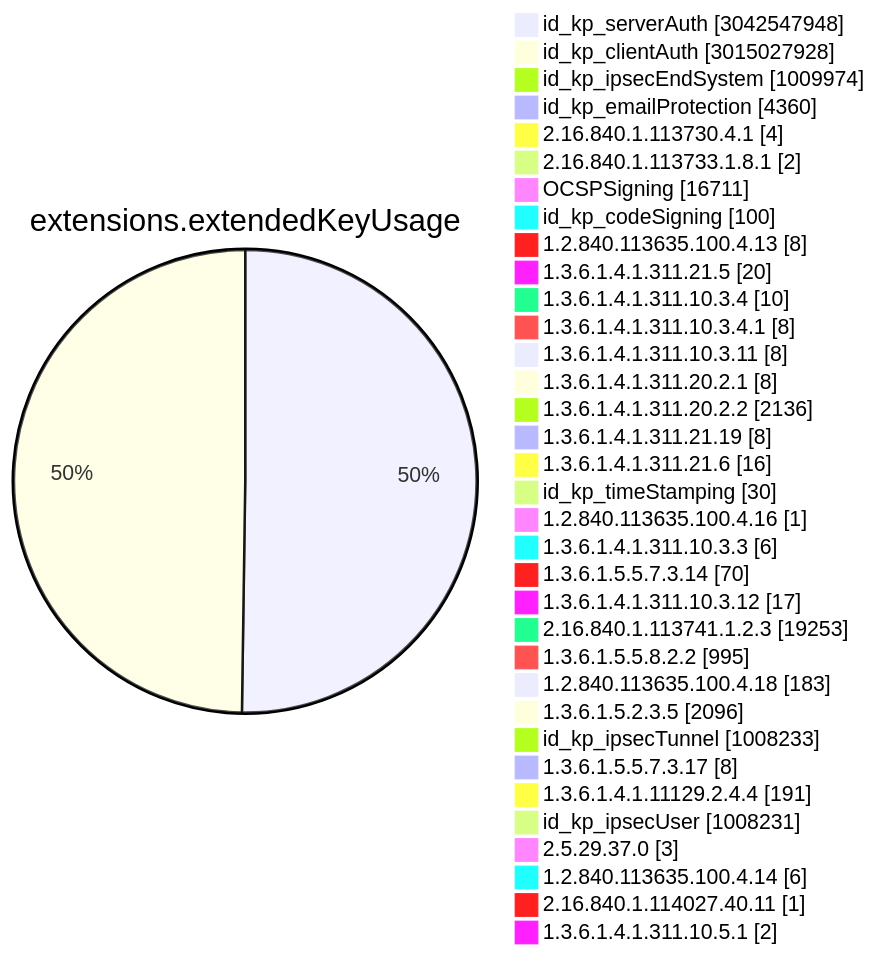
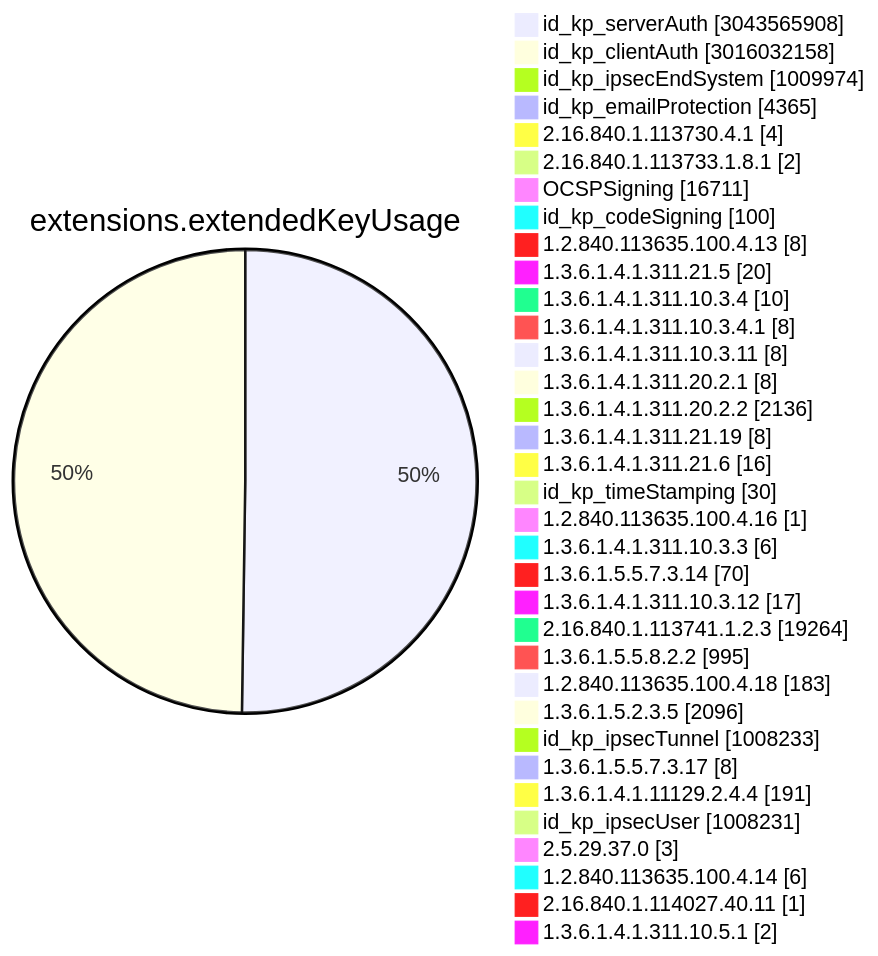
Diagram 11 of 15 in TOTAL/README.md (christiankrug/ctmonitor_visualization), drawn with Mermaid before and after one commit. The commit also changed other lines of this file, not shown here.

````diff
--- a/TOTAL/README.md
+++ b/TOTAL/README.md
@@ -4115,38 +4116,38 @@
 ```mermaid
 pie showData
 title extensions.extendedKeyUsage
-"id_kp_serverAuth" :3042547948
-"id_kp_clientAuth" :3015027928
+"id_kp_serverAuth" :3043565908
+"id_kp_clientAuth" :3016032158
 "id_kp_ipsecEndSystem" :1009974
-"id_kp_emailProtection" :4360
+"id_kp_emailProtection" :4365
 "2.16.840.1.113730.4.1" :4
 "2.16.840.1.113733.1.8.1" :2
 "OCSPSigning" :16711
 "id_kp_codeSigning" :100
 "1.2.840.113635.100.4.13" :8
 "1.3.6.1.4.1.311.21.5" :20
 "1.3.6.1.4.1.311.10.3.4" :10
 "1.3.6.1.4.1.311.10.3.4.1" :8
 "1.3.6.1.4.1.311.10.3.11" :8
 "1.3.6.1.4.1.311.20.2.1" :8
 "1.3.6.1.4.1.311.20.2.2" :2136
 "1.3.6.1.4.1.311.21.19" :8
 "1.3.6.1.4.1.311.21.6" :16
 "id_kp_timeStamping" :30
 "1.2.840.113635.100.4.16" :1
 "1.3.6.1.4.1.311.10.3.3" :6
 "1.3.6.1.5.5.7.3.14" :70
 "1.3.6.1.4.1.311.10.3.12" :17
-"2.16.840.1.113741.1.2.3" :19253
+"2.16.840.1.113741.1.2.3" :19264
 "1.3.6.1.5.5.8.2.2" :995
 "1.2.840.113635.100.4.18" :183
 "1.3.6.1.5.2.3.5" :2096
 "id_kp_ipsecTunnel" :1008233
 "1.3.6.1.5.5.7.3.17" :8
 "1.3.6.1.4.1.11129.2.4.4" :191
 "id_kp_ipsecUser" :1008231
 "2.5.29.37.0" :3
 "1.2.840.113635.100.4.14" :6
 "2.16.840.1.114027.40.11" :1
 "1.3.6.1.4.1.311.10.5.1" :2
 ```
````
